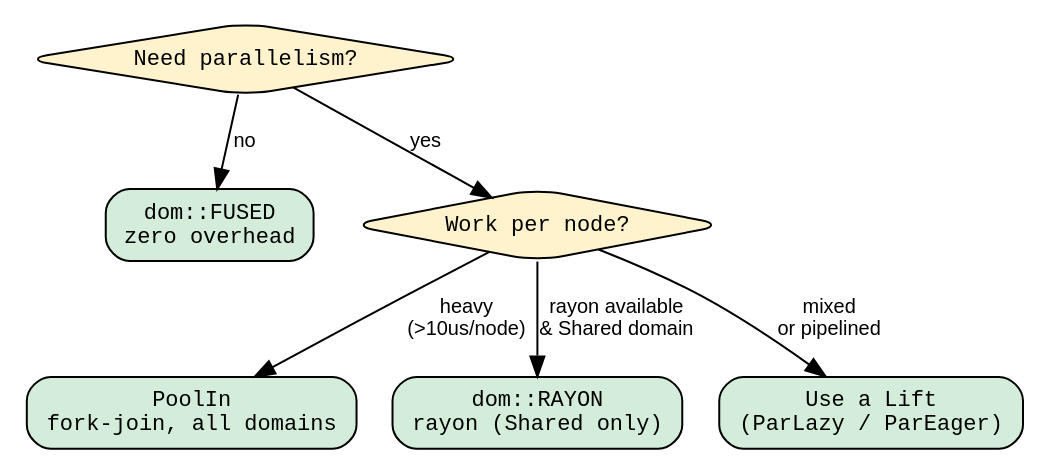
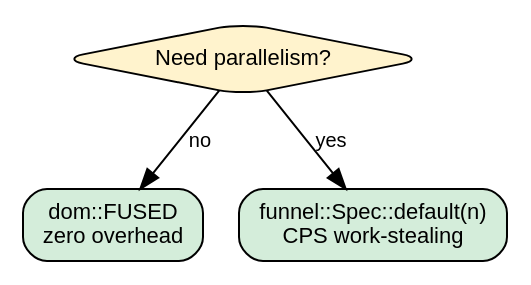
The diagram in book/src/guides/execution.md (hylic-recursion/hylic-docs), drawn with Graphviz before and after one commit. The commit also changed other lines of this file and 57 other files, not shown here.

````diff
--- a/book/src/guides/execution.md
+++ b/book/src/guides/execution.md
@@ -25,20 +26,14 @@
 ```dot process
 digraph {
     rankdir=TB;
-    node [shape=box, style="rounded,filled", fillcolor="#f5f5f5", fontname="monospace", fontsize=11];
+    node [shape=box, style="rounded,filled", fillcolor="#f5f5f5", fontname="sans-serif", fontsize=11];
     edge [fontname="sans-serif", fontsize=10];
 
     start [label="Need parallelism?", shape=diamond, fillcolor="#fff3cd"];
     fused [label="dom::FUSED\nzero overhead", fillcolor="#d4edda"];
-    heavy [label="Work per node?", shape=diamond, fillcolor="#fff3cd"];
-    pool [label="PoolIn\nfork-join, all domains", fillcolor="#d4edda"];
-    rayon [label="dom::RAYON\nrayon (Shared only)", fillcolor="#d4edda"];
-    lift [label="Use a Lift\n(ParLazy / ParEager)", fillcolor="#d4edda"];
+    funnel [label="funnel::Spec::default(n)\nCPS work-stealing", fillcolor="#d4edda"];
 
     start -> fused [label="no"];
-    start -> heavy [label="yes"];
-    heavy -> pool [label="heavy\n(>10us/node)"];
-    heavy -> rayon [label="rayon available\n& Shared domain"];
-    heavy -> lift [label="mixed\nor pipelined"];
+    start -> funnel [label="yes"];
 }
 ```
````
